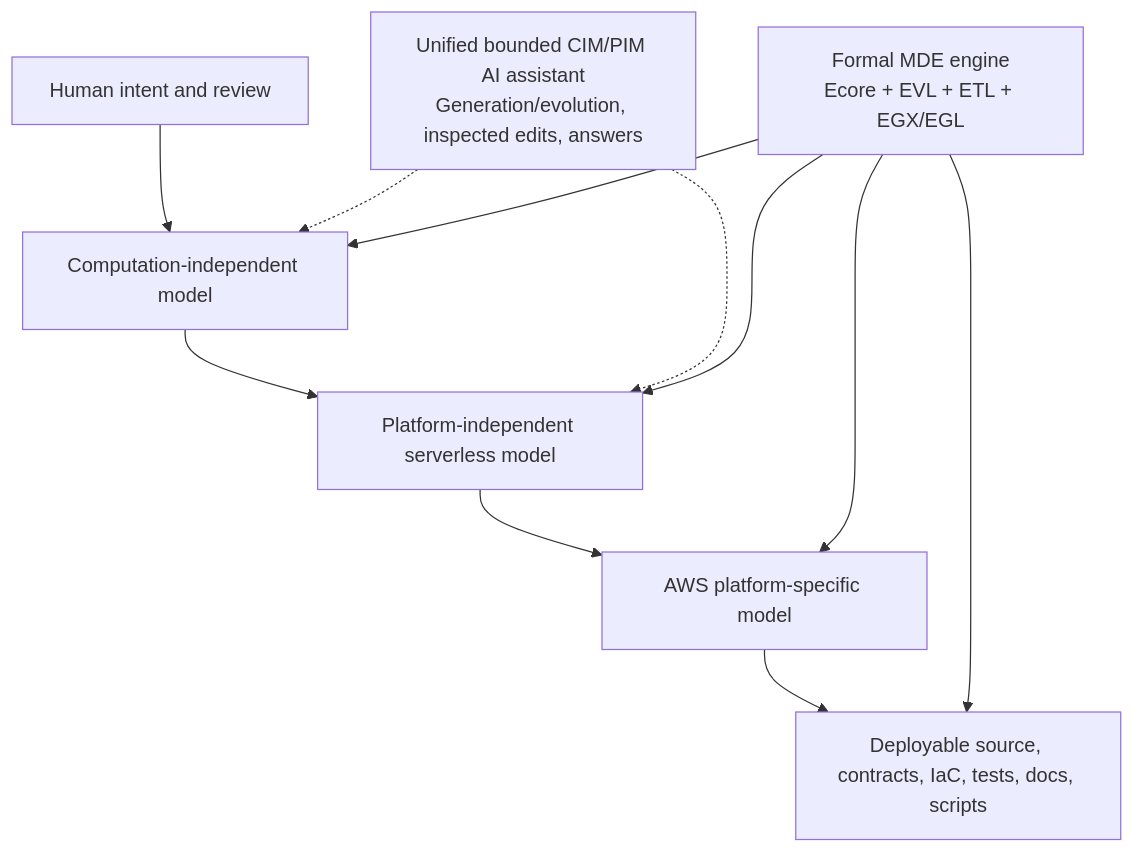
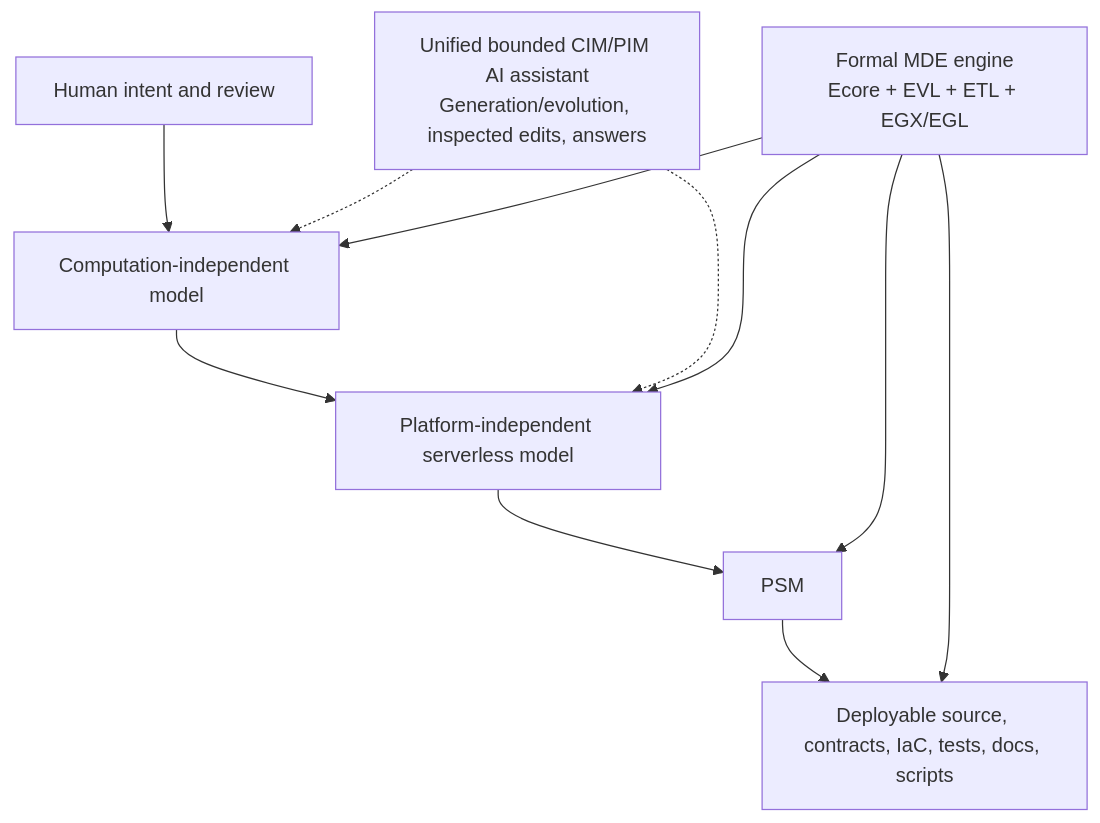
One commit to mehdieidi/modriss changed the second of 2 diagrams in docs/diagrams/01-c4-system-context.md. Above: the diagram before and after it, drawn with Mermaid. The commit also changed 193 other files, not shown here.

Commit message:
docs: change aws psm to psm

````diff
--- a/docs/diagrams/01-c4-system-context.md
+++ b/docs/diagrams/01-c4-system-context.md
@@ -27,18 +27,18 @@
 ```mermaid
 flowchart TB
     intent["Human intent and review"]
     cim["Computation-independent model"]
     pim["Platform-independent serverless model"]
-    psm["AWS platform-specific model"]
+    psm["PSM"]
     artifacts["Deployable source, contracts, IaC, tests, docs, scripts"]
     assistant["Unified bounded CIM/PIM AI assistant<br/>Generation/evolution, inspected edits, answers"]
     formal["Formal MDE engine<br/>Ecore + EVL + ETL + EGX/EGL"]
 
     intent --> cim --> pim --> psm --> artifacts
     assistant -.-> cim
     assistant -.-> pim
     formal --> cim
     formal --> pim
     formal --> psm
     formal --> artifacts
 ```
````
